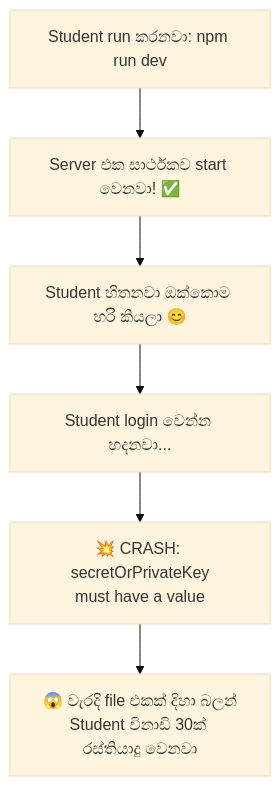
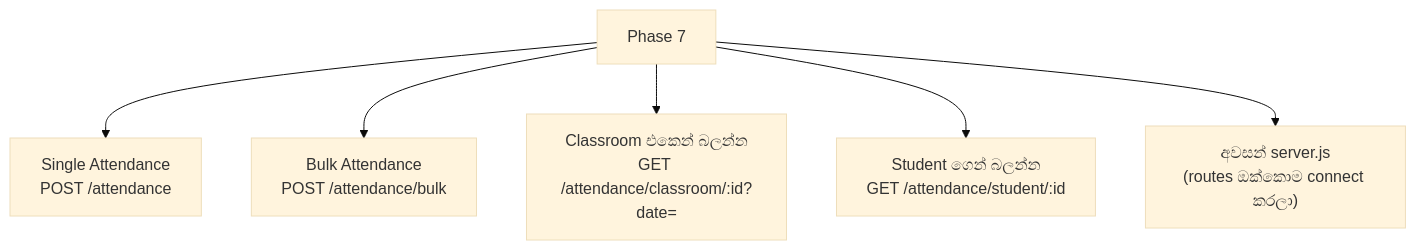
Diagram 30 of 33 in backend/sinhala-translation-document/README.md (Nimsika-Bosilu/designHer_2.0-Student-Attendance-Management-System), drawn with Mermaid (base theme) before and after one commit. The commit also changed other lines of this file and 28 other files, not shown here.

Commit message:
feat: implement full-stack attendance management system with bulk submission and student tracking

````diff
--- a/backend/sinhala-translation-document/README.md
+++ b/backend/sinhala-translation-document/README.md
@@ -2178,8 +2213,8 @@
 ```mermaid
 flowchart TD
-    A["Student run කරනවා: npm run dev"] --> B["Server එක සාර්ථකව start වෙනවා! ✅"]
-    B --> C["Student හිතනවා ඔක්කොම හරි කියලා 😊"]
-    C --> D["Student login වෙන්න හදනවා..."]
-    D --> E["💥 CRASH: secretOrPrivateKey\nmust have a value"]
-    E --> F["😱 වැරදි file එකක් දිහා බලන්\nStudent විනාඩි 30ක් රස්තියාදු වෙනවා"]
+    A["Phase 7"] --> B["Single Attendance\nPOST /attendance"]
+    A --> C["Bulk Attendance\nPOST /attendance/bulk"]
+    A --> D["Classroom එකෙන් බලන්න\nGET /attendance/classroom/:id?date="]
+    A --> E["Student ගෙන් බලන්න\nGET /attendance/student/:id"]
+    A --> F["අවසන් server.js\n(routes ඔක්කොම connect කරලා)"]
 ```
````
